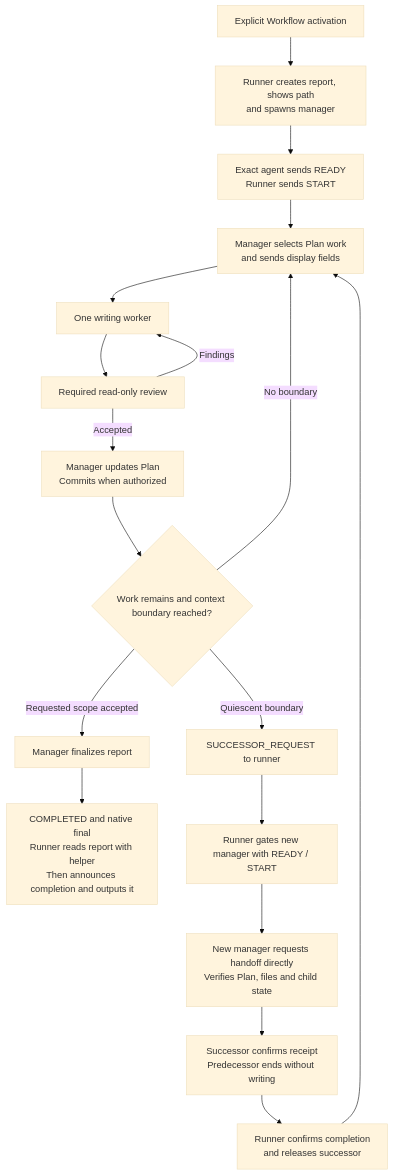
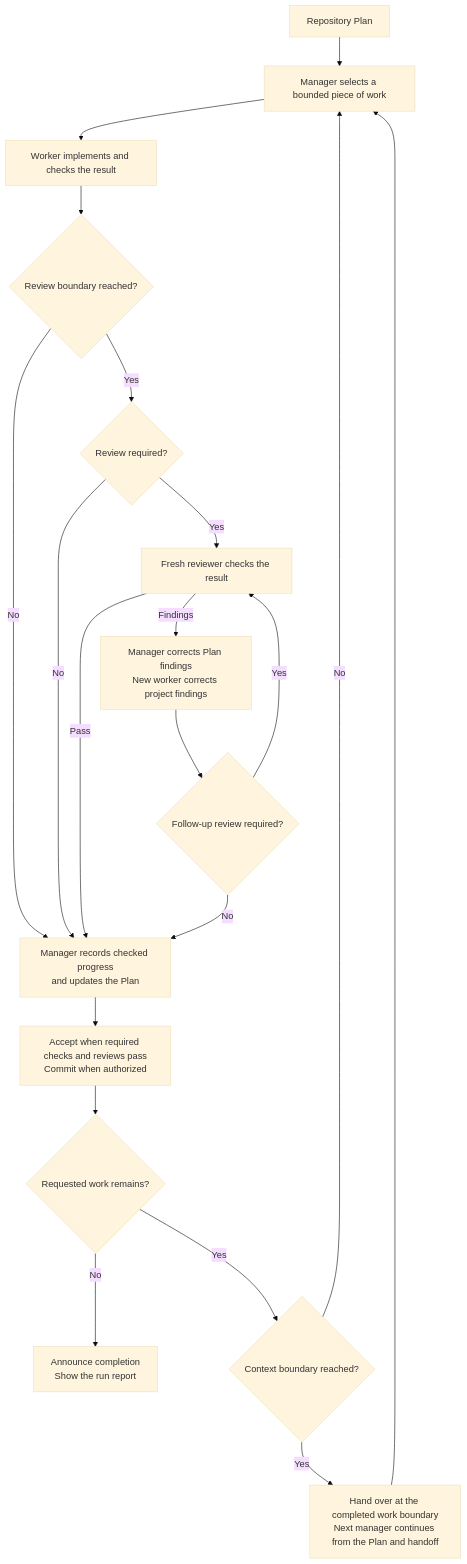
The diagram in README.md (benjaminstelzer/scoville-suite-for-codex), drawn with Mermaid (base theme) before and after one commit. The commit also changed other lines of this file and 6 other files, not shown here.

````diff
--- a/README.md
+++ b/README.md
@@ -111,20 +63,22 @@
 ```mermaid
 flowchart TD
-    U["Explicit Workflow activation"] --> R["Runner creates report, shows path<br/>and spawns manager"]
-    R --> G["Exact agent sends READY<br/>Runner sends START"]
-    G --> M["Manager selects Plan work<br/>and sends display fields"]
-    M --> W["One writing worker"]
-    W --> V["Required read-only review"]
-    V -->|Findings| W
-    V -->|Accepted| P["Manager updates Plan<br/>Commits when authorized"]
-    P --> B{"Work remains and context boundary reached?"}
-    B -->|No boundary| M
-    B -->|Requested scope accepted| F["Manager finalizes report"]
-    F --> D["COMPLETED and native final<br/>Runner reads report with helper<br/>Then announces completion and outputs it"]
-    B -->|Quiescent boundary| S["SUCCESSOR_REQUEST to runner"]
-    S --> N["Runner gates new manager with READY / START"]
-    N --> H["New manager requests handoff directly<br/>Verifies Plan, files and child state"]
-    H --> A["Successor confirms receipt<br/>Predecessor ends without writing"]
-    A --> T["Runner confirms completion<br/>and releases successor"]
-    T --> M
+    P["Repository Plan"] --> C["Manager selects a bounded piece of work"]
+    C --> W["Worker implements and checks the result"]
+    W --> B{"Review boundary reached?"}
+    B -->|No| A
+    B -->|Yes| G{"Review required?"}
+    G -->|Yes| R["Fresh reviewer checks the result"]
+    G -->|No| A["Manager records checked progress<br/>and updates the Plan"]
+    R -->|Pass| A
+    R -->|Findings| F["Manager corrects Plan findings<br/>New worker corrects project findings"]
+    F --> Q{"Follow-up review required?"}
+    Q -->|Yes| R
+    Q -->|No| A
+    A --> E["Accept when required checks and reviews pass<br/>Commit when authorized"]
+    E --> N{"Requested work remains?"}
+    N -->|No| D["Announce completion<br/>Show the run report"]
+    N -->|Yes| T{"Context boundary reached?"}
+    T -->|No| C
+    T -->|Yes| H["Hand over at the completed work boundary<br/>Next manager continues from the Plan and handoff"]
+    H --> C
 ```
````
